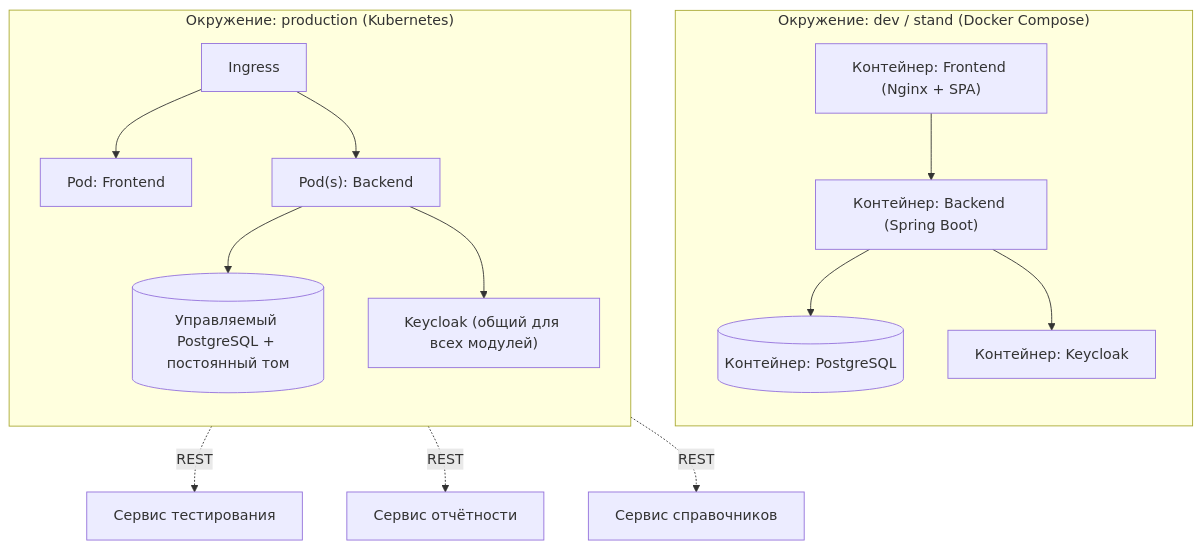
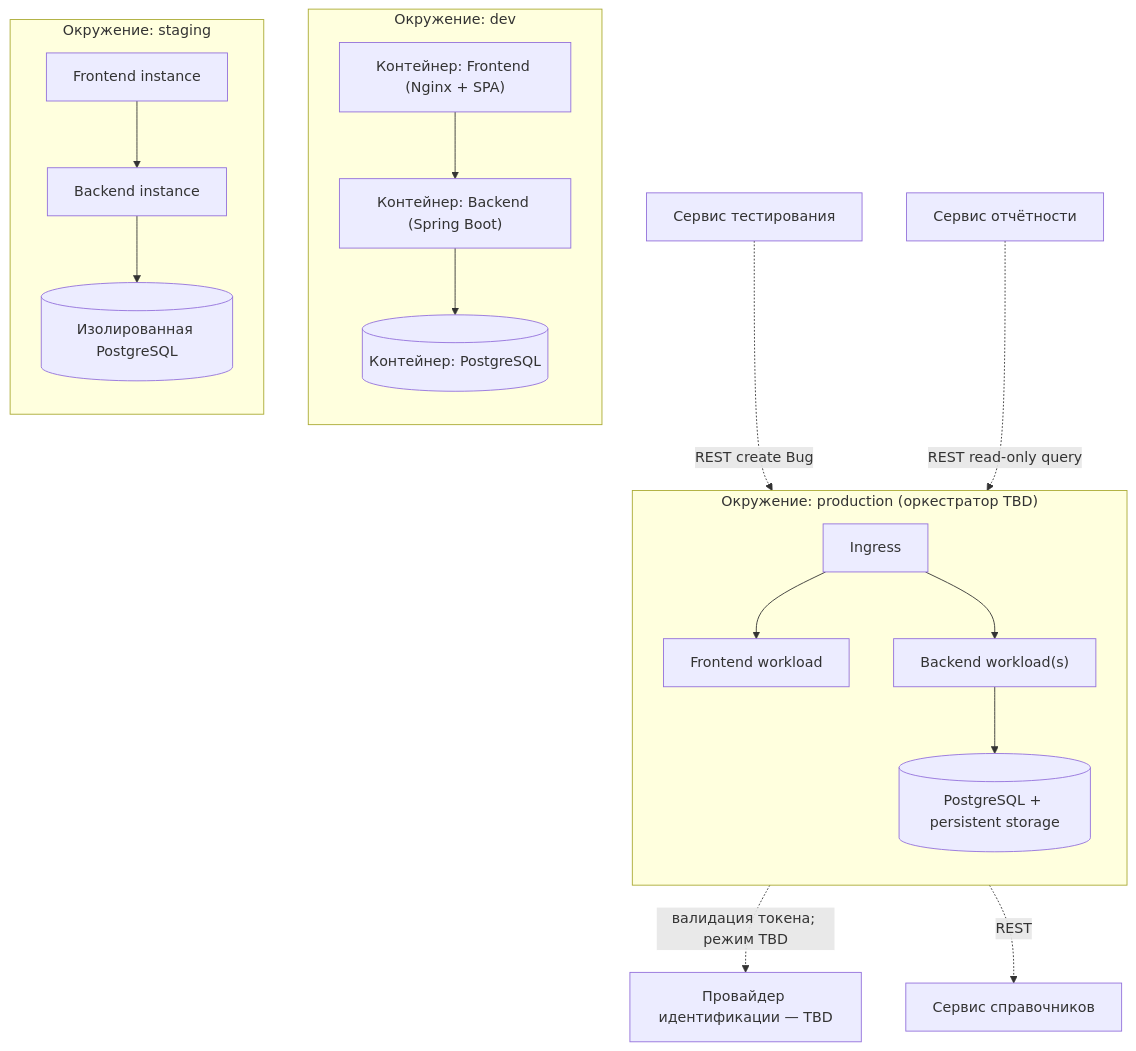
Before and after one commit to MEPhI-C22-501/arch-info-system-monorepo: the diagram in task-tracker/docs/block-i-integration-and-deployment/165.deployment-diagram.md, drawn with Mermaid. The commit also changed other lines of this file and 35 other files, not shown here.

````diff
--- a/task-tracker/docs/block-i-integration-and-deployment/165.deployment-diagram.md
+++ b/task-tracker/docs/block-i-integration-and-deployment/165.deployment-diagram.md
@@ -6,29 +8,34 @@
 ```mermaid
 flowchart TB
-    subgraph Dev["Окружение: dev / stand (Docker Compose)"]
+    subgraph Dev["Окружение: dev"]
         direction TB
         FE_d["Контейнер: Frontend (Nginx + SPA)"]
         BE_d["Контейнер: Backend (Spring Boot)"]
         DB_d[("Контейнер: PostgreSQL")]
-        KC_d["Контейнер: Keycloak"]
         FE_d --> BE_d --> DB_d
-        BE_d --> KC_d
     end
 
-    subgraph Prod["Окружение: production (Kubernetes)"]
+    subgraph Staging["Окружение: staging"]
+        direction TB
+        FE_s["Frontend instance"]
+        BE_s["Backend instance"]
+        DB_s[("Изолированная PostgreSQL")]
+        FE_s --> BE_s --> DB_s
+    end
+
+    subgraph Prod["Окружение: production (оркестратор TBD)"]
         direction TB
         Ingress["Ingress"]
-        FE_p["Pod: Frontend"]
-        BE_p["Pod(s): Backend"]
-        DB_p[("Управляемый PostgreSQL + постоянный том")]
-        KC_p["Keycloak (общий для всех модулей)"]
+        FE_p["Frontend workload"]
+        BE_p["Backend workload(s)"]
+        DB_p[("PostgreSQL + persistent storage")]
         Ingress --> FE_p
         Ingress --> BE_p
         BE_p --> DB_p
-        BE_p --> KC_p
     end
 
-    BE_p -.->|REST| Tests["Сервис тестирования"]
-    BE_p -.->|REST| Reports["Сервис отчётности"]
+    BE_p -.->|валидация токена; режим TBD| IdP["Провайдер идентификации — TBD"]
+    Tests["Сервис тестирования"] -.->|REST create Bug| BE_p
+    Reports["Сервис отчётности"] -.->|REST read-only query| BE_p
     BE_p -.->|REST| Refs["Сервис справочников"]
 ```
````
